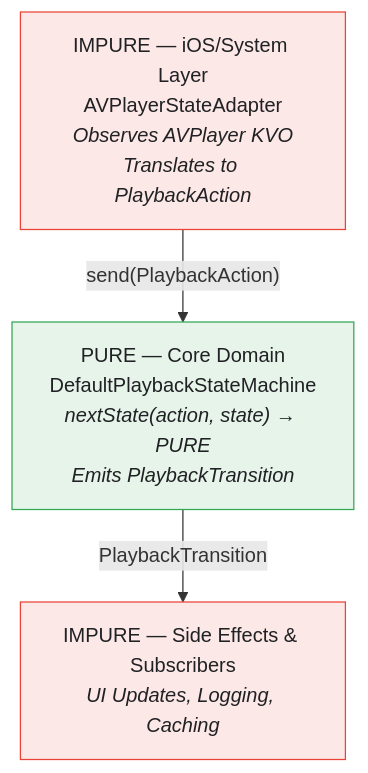
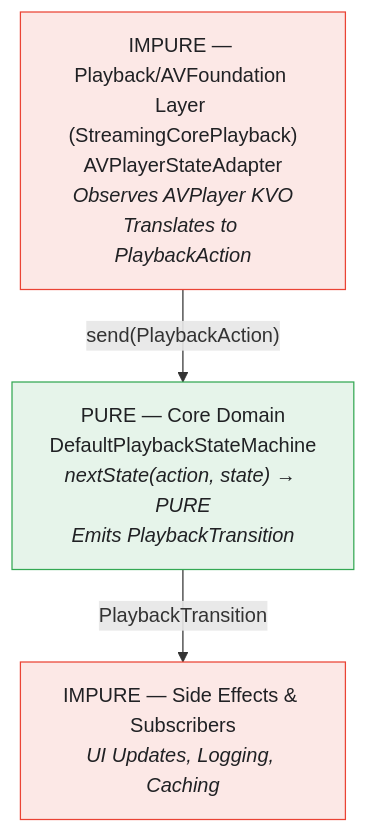
One commit to tattva20/StreamingVideoApp changed the first of 2 diagrams in docs/DEPENDENCY-REJECTION.md. Above: the diagram before and after it, drawn with Mermaid. The commit also changed 43 other files, not shown here.

````diff
--- a/docs/DEPENDENCY-REJECTION.md
+++ b/docs/DEPENDENCY-REJECTION.md
@@ -22,13 +22,13 @@
 ```mermaid
 flowchart TB
     classDef core fill:#e6f4ea,stroke:#34a853,color:#202124;
     classDef impure fill:#fce8e6,stroke:#ea4335,color:#202124;
-    impureTop["IMPURE — iOS/System Layer<br/>AVPlayerStateAdapter<br/><i>Observes AVPlayer KVO</i><br/><i>Translates to PlaybackAction</i>"]
+    impureTop["IMPURE — Playback/AVFoundation Layer (StreamingCorePlayback)<br/>AVPlayerStateAdapter<br/><i>Observes AVPlayer KVO</i><br/><i>Translates to PlaybackAction</i>"]
     pure["PURE — Core Domain<br/>DefaultPlaybackStateMachine<br/><i>nextState(action, state) → PURE</i><br/><i>Emits PlaybackTransition</i>"]
     impureBottom["IMPURE — Side Effects & Subscribers<br/><i>UI Updates, Logging, Caching</i>"]
     impureTop -->|"send(PlaybackAction)"| pure
     pure -->|"PlaybackTransition"| impureBottom
     class impureTop impure
     class pure core
     class impureBottom impure
 ```
````
